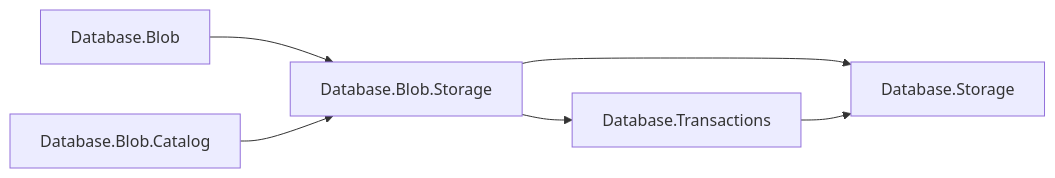
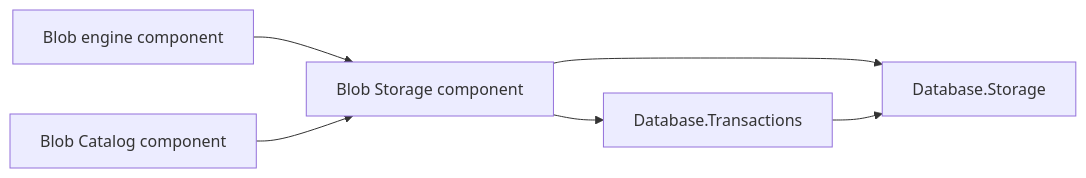
The sixth of 7 diagrams in resources/Database/Assimalign.Cohesion.Database.Blob/docs/DESIGN.md (assimalign/cohesion), drawn with Mermaid before and after one commit. The commit also changed other lines of this file and 15 other files, not shown here.

````diff
--- a/resources/Database/Assimalign.Cohesion.Database.Blob/docs/DESIGN.md
+++ b/resources/Database/Assimalign.Cohesion.Database.Blob/docs/DESIGN.md
@@ -1291,8 +1294,8 @@
 ```mermaid
 flowchart LR
-    Blob["Database.Blob"] --> BS["Database.Blob.Storage"]
-    Cat["Database.Blob.Catalog"] --> BS
+    Blob["Blob engine component"] --> BS["Blob Storage component"]
+    Cat["Blob Catalog component"] --> BS
     BS --> S["Database.Storage"]
     BS --> T["Database.Transactions"]
     T --> S
 ```
````
